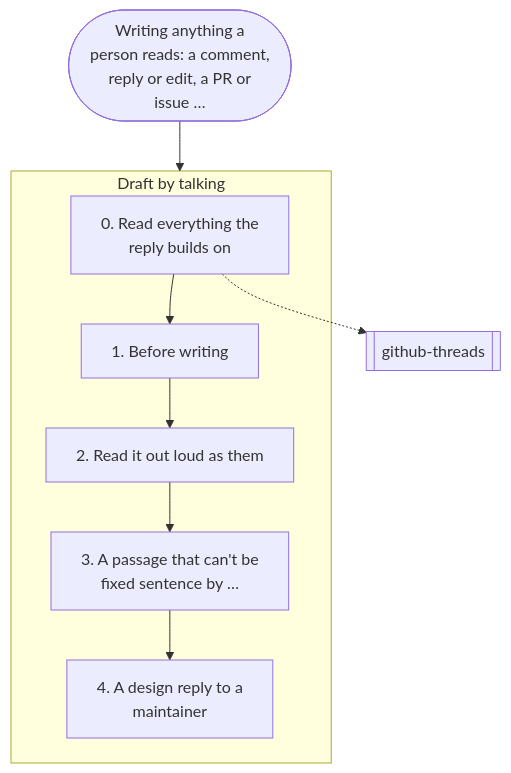
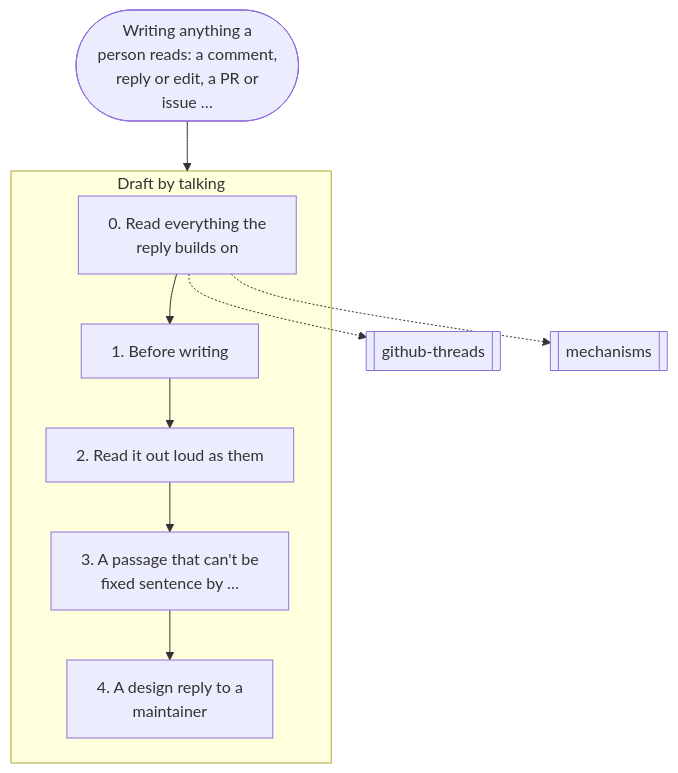
Before and after one commit to nitedani/mergeworthy: the second of 17 diagrams in docs/graphs.md, drawn with Mermaid. The commit also changed other lines of this file and 11 other files, not shown here.

````diff
--- a/docs/graphs.md
+++ b/docs/graphs.md
@@ -66,17 +66,18 @@
 ```mermaid
 flowchart TB
   start(["Writing anything a<br/>person reads: a comment,<br/>reply or edit, a PR or<br/>issue …"])
   subgraph g0["Draft by talking"]
     s0["0. Read everything the<br/>reply builds on"]
     s1["1. Before writing"]
     s0 --> s1
     s2["2. Read it out loud as them"]
     s1 --> s2
     s3["3. A passage that can't be<br/>fixed sentence by …"]
     s2 --> s3
     s4["4. A design reply to a<br/>maintainer"]
     s3 --> s4
   end
   s0 -.-> r1[["github-threads"]]
+  s0 -.-> r2[["mechanisms"]]
   start --> g0
 ```
````
